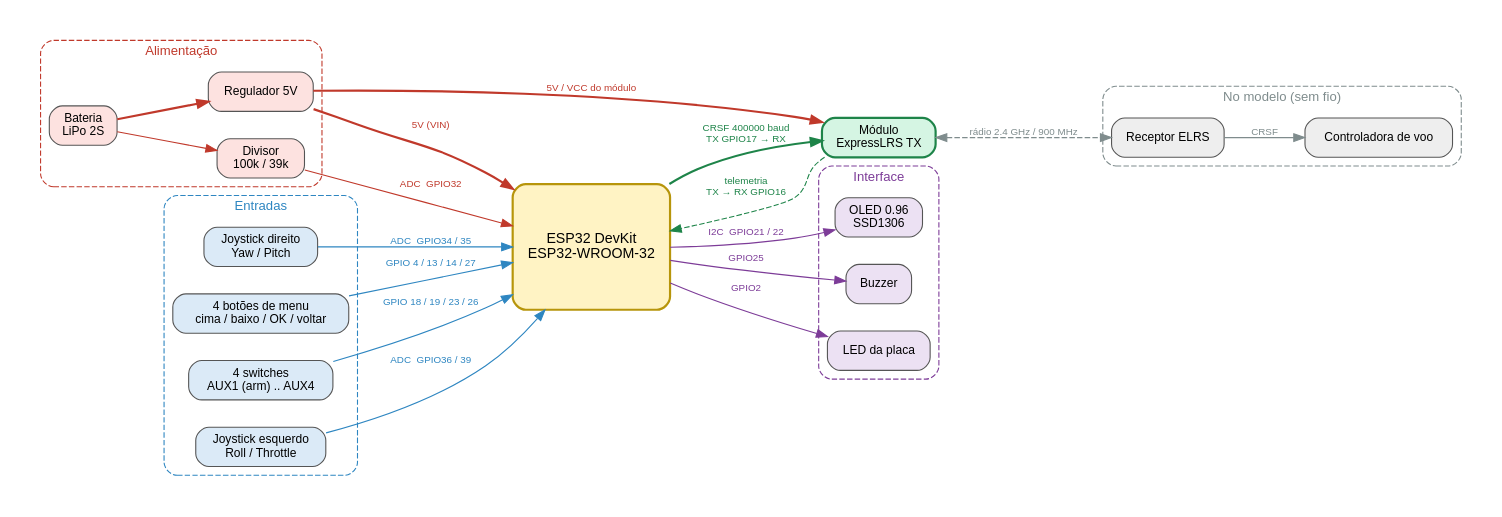
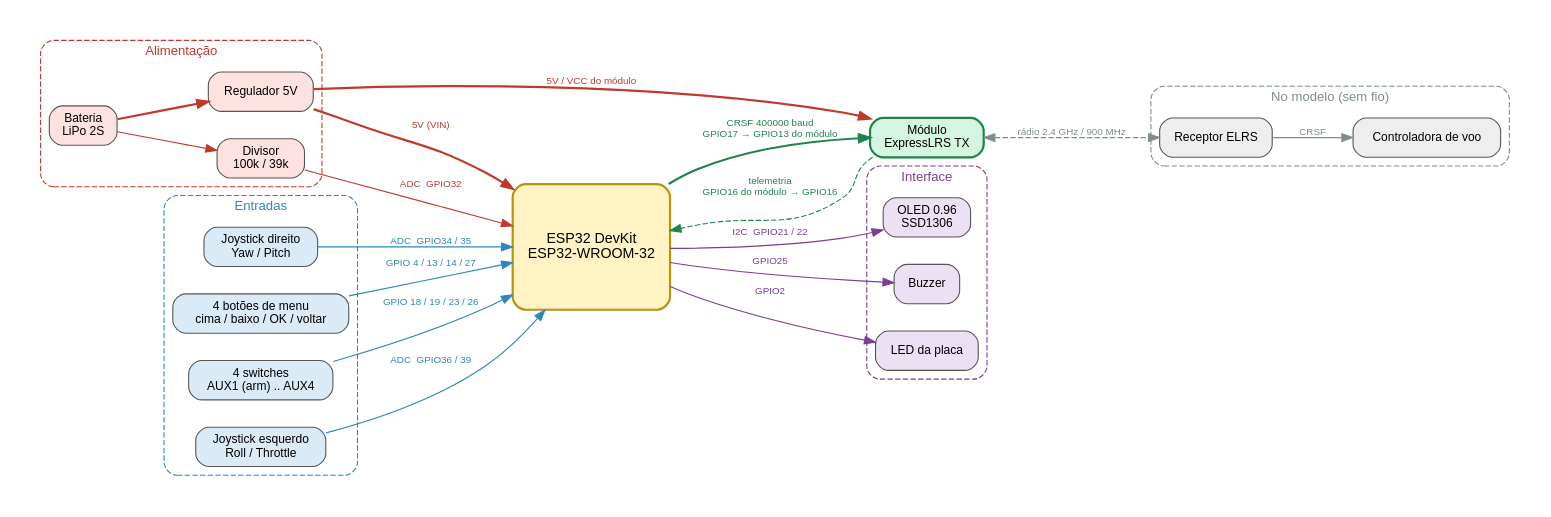
One commit to edilsoncorrea/ELRSTx changed the diagram in docs/wiring/blocks-esp32dev.dot. Above: the diagram before and after it, drawn with Graphviz. The commit also changed 30 other files, not shown here.

```diff
--- a/docs/wiring/blocks-esp32dev.dot
+++ b/docs/wiring/blocks-esp32dev.dot
@@ -1,63 +1,63 @@
 // Diagrama de blocos ELRSTx (ESP32 DevKit). Gerar: dot -Tsvg blocks-esp32dev.dot -o blocks-esp32dev.svg
 digraph ELRSTx {
     rankdir=LR;
     graph [fontname="Helvetica", fontsize=12, nodesep=0.35, ranksep=0.7, bgcolor="white", pad=0.3];
     node  [fontname="Helvetica", fontsize=11, shape=box, style="rounded,filled", fillcolor="#f2f2f2", color="#555555", margin="0.15,0.08"];
     edge  [fontname="Helvetica", fontsize=9, color="#333333"];
 
     subgraph cluster_power {
         label="Alimentação"; style="rounded,dashed"; color="#c0392b"; fontcolor="#c0392b";
         bat [label="Bateria\nLiPo 2S", fillcolor="#fde2e0"];
         reg [label="Regulador 5V", fillcolor="#fde2e0"];
         div [label="Divisor\n100k / 39k", fillcolor="#fde2e0"];
     }
 
     subgraph cluster_inputs {
         label="Entradas"; style="rounded,dashed"; color="#2e86c1"; fontcolor="#2e86c1";
         joyL [label="Joystick esquerdo\nRoll / Throttle", fillcolor="#dbeaf7"];
         joyR [label="Joystick direito\nYaw / Pitch", fillcolor="#dbeaf7"];
         btn  [label="4 botões de menu\ncima / baixo / OK / voltar", fillcolor="#dbeaf7"];
         sw   [label="4 switches\nAUX1 (arm) .. AUX4", fillcolor="#dbeaf7"];
     }
 
     esp [label="ESP32 DevKit\nESP32-WROOM-32", fillcolor="#fff3c4", color="#b7950b", penwidth=2, fontsize=13, height=1.6, width=2];
 
     elrs [label="Módulo\nExpressLRS TX", fillcolor="#d5f5e3", color="#1e8449", penwidth=2];
     subgraph cluster_outputs {
         label="Interface"; style="rounded,dashed"; color="#7d3c98"; fontcolor="#7d3c98";
         oled [label="OLED 0.96\nSSD1306", fillcolor="#ece1f3"];
         buz  [label="Buzzer", fillcolor="#ece1f3"];
         led  [label="LED da placa", fillcolor="#ece1f3"];
     }
 
 
     subgraph cluster_model {
         label="No modelo (sem fio)"; style="rounded,dashed"; color="#7f8c8d"; fontcolor="#7f8c8d";
         rx [label="Receptor ELRS", fillcolor="#eeeeee"];
         fc [label="Controladora de voo", fillcolor="#eeeeee"];
     }
 
     // alimentação
     bat -> reg  [color="#c0392b", penwidth=2];
     reg -> esp  [label="5V (VIN)", color="#c0392b", fontcolor="#c0392b", penwidth=2];
     reg -> elrs [label="5V / VCC do módulo", color="#c0392b", fontcolor="#c0392b", penwidth=2];
     bat -> div  [color="#c0392b"];
     div -> esp  [label="ADC  GPIO32", color="#c0392b", fontcolor="#c0392b"];
 
     // entradas
     joyL -> esp [label="ADC  GPIO36 / 39", color="#2e86c1", fontcolor="#2e86c1"];
     joyR -> esp [label="ADC  GPIO34 / 35", color="#2e86c1", fontcolor="#2e86c1"];
     btn  -> esp [label="GPIO 4 / 13 / 14 / 27", color="#2e86c1", fontcolor="#2e86c1"];
     sw   -> esp [label="GPIO 18 / 19 / 23 / 26", color="#2e86c1", fontcolor="#2e86c1"];
 
     // link
-    esp -> elrs [label="CRSF 400000 baud\nTX GPIO17 → RX", color="#1e8449", fontcolor="#1e8449", penwidth=2];
-    elrs -> esp [label="telemetria\nTX → RX GPIO16", color="#1e8449", fontcolor="#1e8449", style=dashed];
+    esp -> elrs [label="CRSF 400000 baud\nGPIO17 → GPIO13 do módulo", color="#1e8449", fontcolor="#1e8449", penwidth=2];
+    elrs -> esp [label="telemetria\nGPIO16 do módulo → GPIO16", color="#1e8449", fontcolor="#1e8449", style=dashed];
     elrs -> rx  [label="rádio 2.4 GHz / 900 MHz", dir=both, style=dashed, color="#7f8c8d", fontcolor="#7f8c8d"];
     rx -> fc    [label="CRSF", color="#7f8c8d", fontcolor="#7f8c8d"];
     // interface
     esp -> oled [label="I2C  GPIO21 / 22", color="#7d3c98", fontcolor="#7d3c98"];
     esp -> buz  [label="GPIO25", color="#7d3c98", fontcolor="#7d3c98"];
     esp -> led  [label="GPIO2", color="#7d3c98", fontcolor="#7d3c98"];
 
 }
```
